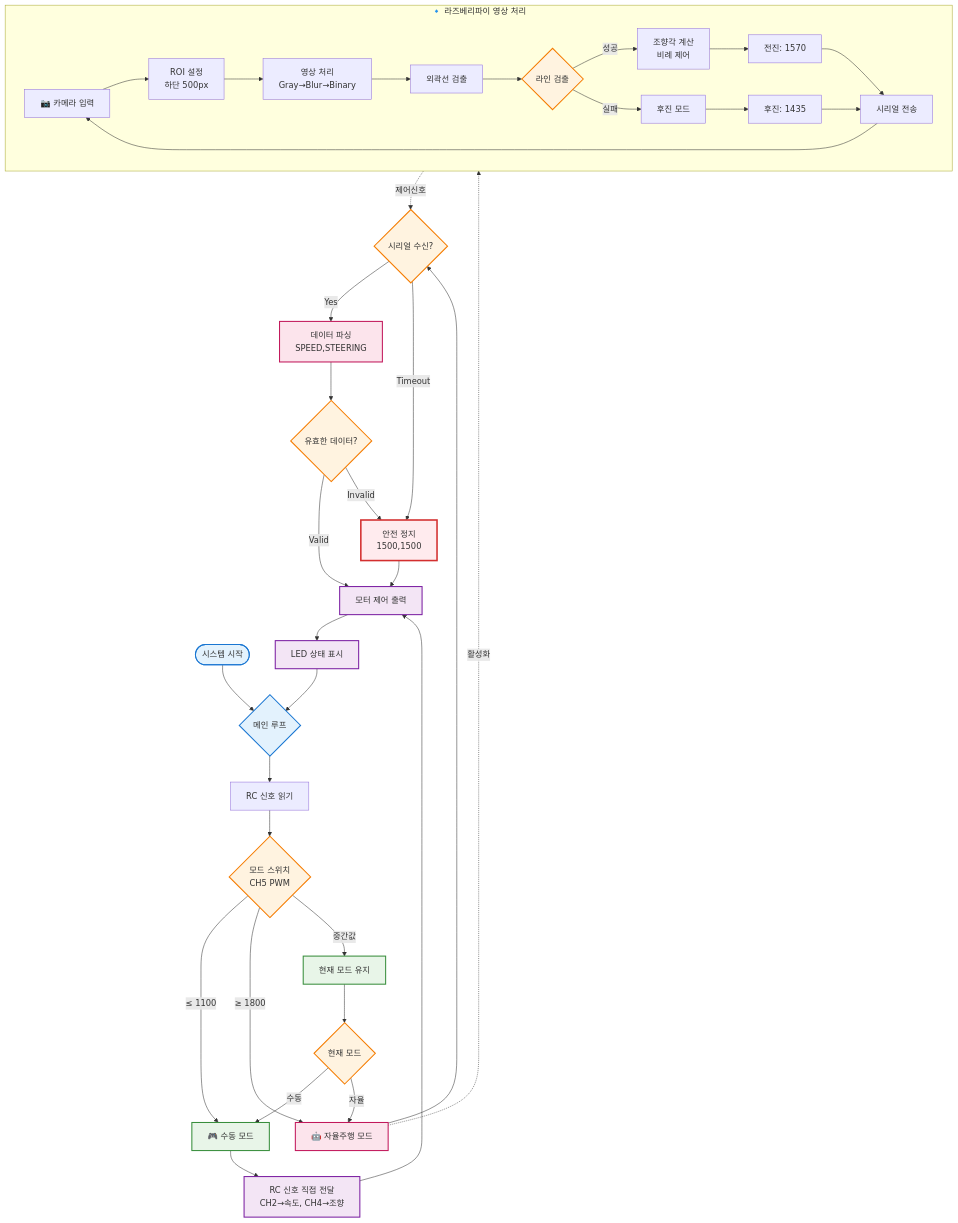
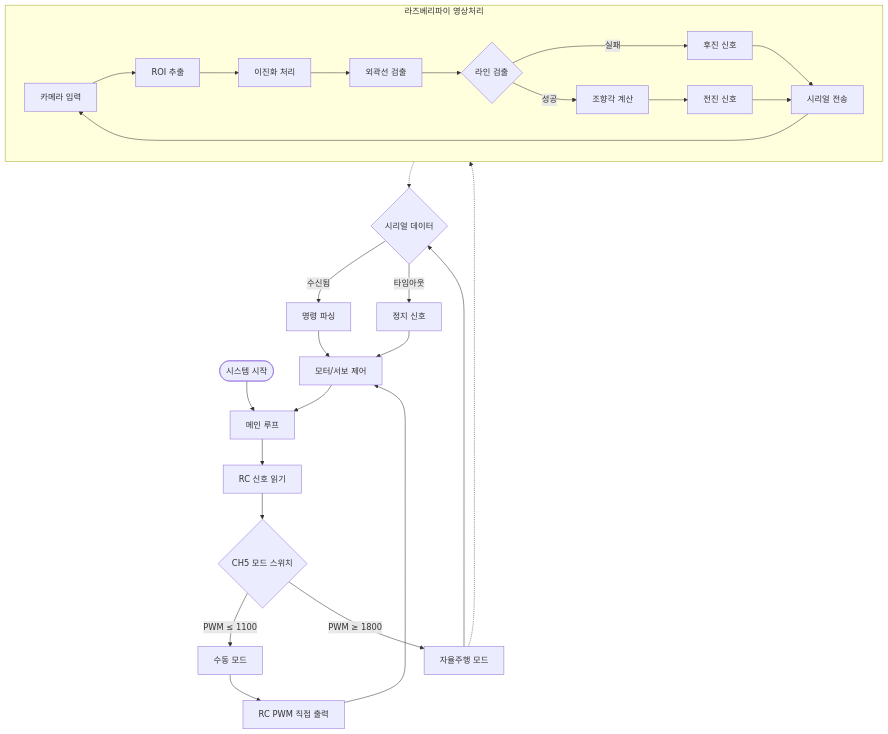
Before and after one commit to happycat0502/mission_3: the diagram in README.md, drawn with Mermaid.

````diff
--- a/README.md
+++ b/README.md
@@ -224,71 +224,38 @@
 ```mermaid
 flowchart TD
-    %% Arduino 메인 시스템
-    Start([시스템 시작]) --> MainLoop{메인 루프}
-    MainLoop --> ReadRC[RC 신호 읽기]
-    ReadRC --> CheckMode{모드 스위치<br/>CH5 PWM}
+    Start([시스템 시작]) --> Loop[메인 루프]
+    Loop --> ReadPWM[RC 신호 읽기]
+    ReadPWM --> CheckMode{CH5 모드 스위치}
     
-    %% 모드 분기
-    CheckMode -->|≤ 1100| Manual[🎮 수동 모드]
-    CheckMode -->|≥ 1800| Auto[🤖 자율주행 모드]
-    CheckMode -->|중간값| Hysteresis[현재 모드 유지]
+    CheckMode -->|PWM ≤ 1100| Manual[수동 모드]
+    CheckMode -->|PWM ≥ 1800| Auto[자율주행 모드]
     
-    %% 수동 모드 처리
-    Manual --> DirectControl[RC 신호 직접 전달<br/>CH2→속도, CH4→조향]
-    DirectControl --> Output[모터 제어 출력]
+    Manual --> RCControl[RC PWM 직접 출력]
+    RCControl --> MotorOutput[모터/서보 제어]
     
-    %% 자율주행 모드 처리
-    Auto --> SerialCheck{시리얼 수신?}
-    SerialCheck -->|Yes| ParseData[데이터 파싱<br/>SPEED,STEERING]
-    SerialCheck -->|Timeout| SafeStop[안전 정지<br/>1500,1500]
+    Auto --> SerialRead{시리얼 데이터}
+    SerialRead -->|수신됨| ParseCmd[명령 파싱]
+    SerialRead -->|타임아웃| Stop[정지 신호]
     
-    ParseData --> Validate{유효한 데이터?}
-    Validate -->|Valid| Output
-    Validate -->|Invalid| SafeStop
-    SafeStop --> Output
+    ParseCmd --> MotorOutput
+    Stop --> MotorOutput
+    MotorOutput --> Loop
     
-    %% 출력 및 피드백
-    Output --> LEDStatus[LED 상태 표시]
-    LEDStatus --> MainLoop
-    
-    %% 히스테리시스 처리
-    Hysteresis --> CurrentMode{현재 모드}
-    CurrentMode -->|수동| Manual
-    CurrentMode -->|자율| Auto
-    
-    %% 라즈베리파이 영상 처리 시스템
-    subgraph RPi ["🔹 라즈베리파이 영상 처리"]
-        Camera[📷 카메라 입력] --> ROI[ROI 설정<br/>하단 500px]
-        ROI --> Process[영상 처리<br/>Gray→Blur→Binary]
-        Process --> Contour[외곽선 검출]
-        Contour --> LineDetect{라인 검출}
+    subgraph Vision [라즈베리파이 영상처리]
+        Camera[카메라 입력] --> ROI[ROI 추출]
+        ROI --> Binary[이진화 처리]
+        Binary --> Contour[외곽선 검출]
+        Contour --> LineCheck{라인 검출}
         
-        LineDetect -->|성공| Steering[조향각 계산<br/>비례 제어]
-        LineDetect -->|실패| Backward[후진 모드]
+        LineCheck -->|성공| CalcSteering[조향각 계산]
+        LineCheck -->|실패| Reverse[후진 신호]
         
-        Steering --> Forward[전진: 1570]
-        Backward --> BackSignal[후진: 1435]
-        Forward --> Send[시리얼 전송]
-        BackSignal --> Send
-        Send --> Camera
+        CalcSteering --> Forward[전진 신호]
+        Reverse --> SendSerial[시리얼 전송]
+        Forward --> SendSerial
+        SendSerial --> Camera
     end
     
-    %% 시스템 간 연결
-    Auto -.->|활성화| RPi
-    RPi -.->|제어신호| SerialCheck
-    
-    %% 스타일링
-    classDef startEnd fill:#e3f2fd,stroke:#1976d2,stroke-width:2px
-    classDef process fill:#f3e5f5,stroke:#7b1fa2,stroke-width:2px
-    classDef decision fill:#fff3e0,stroke:#f57c00,stroke-width:2px
-    classDef manual fill:#e8f5e8,stroke:#388e3c,stroke-width:2px
-    classDef auto fill:#fce4ec,stroke:#c2185b,stroke-width:2px
-    classDef safety fill:#ffebee,stroke:#d32f2f,stroke-width:3px
-    
-    class Start,MainLoop startEnd
-    class Output,LEDStatus,DirectControl process
-    class CheckMode,SerialCheck,Validate,LineDetect,CurrentMode decision
-    class Manual,Hysteresis manual
-    class Auto,ParseData auto
-    class SafeStop safety
+    Auto -.-> Vision
+    Vision -.-> SerialRead
 ```
````
